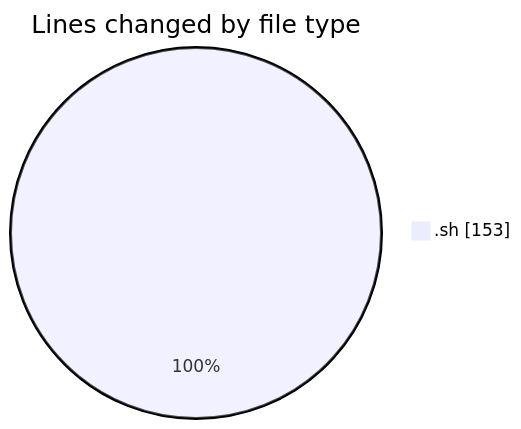
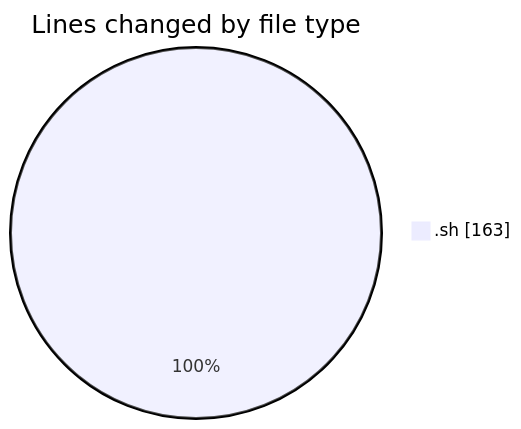
The first of 2 diagrams in 2026-11-10/scripts/README.md (ricardozamudiocil/code-tracking), drawn with Mermaid before and after one commit. The commit also changed other lines of this file and 1 other file, not shown here.

````diff
--- a/2026-11-10/scripts/README.md
+++ b/2026-11-10/scripts/README.md
@@ -20,5 +20,5 @@
 ```mermaid
 pie showData
 title Lines changed by file type
-".sh" : 153
+".sh" : 163
 ```
````
